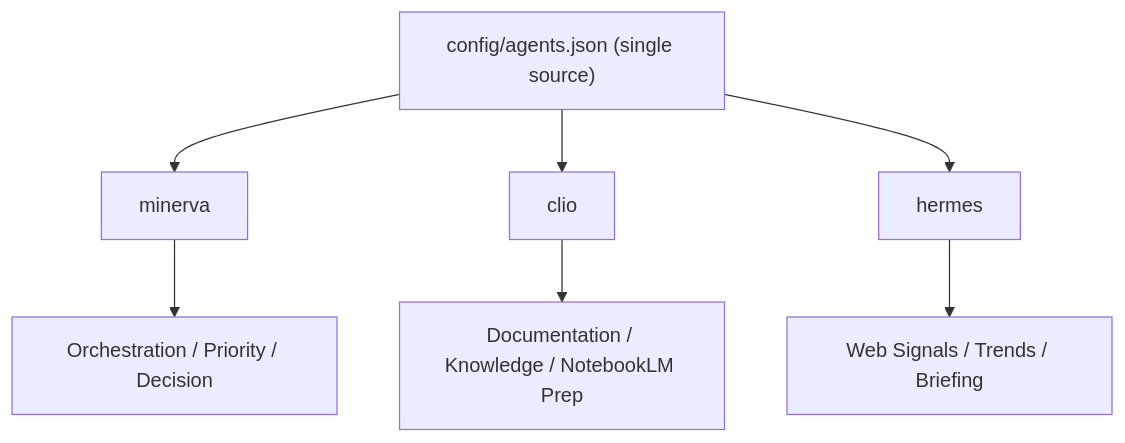
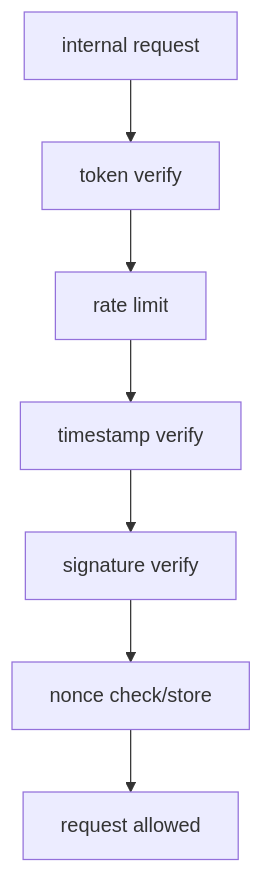
The third of 3 diagrams in docs/COMMIT_BASELINE_V2.md (Merchantlee99/Personal-AI-agent-v2), drawn with Mermaid before and after one commit. The commit also changed other lines of this file and 4 other files, not shown here.

Commit message:
docs: refresh architecture and security baseline with mermaid (#6)

````diff
--- a/docs/COMMIT_BASELINE_V2.md
+++ b/docs/COMMIT_BASELINE_V2.md
@@ -55,10 +50,9 @@
 ```mermaid
 flowchart TD
-  CFG["config/agents.json (single source)"] --> M["minerva"]
-  CFG --> C["clio"]
-  CFG --> H["hermes"]
-
-  M --> MR["Orchestration / Priority / Decision"]
-  C --> CR["Documentation / Knowledge / NotebookLM Prep"]
-  H --> HR["Web Signals / Trends / Briefing"]
+  R["internal request"] --> T["token verify"]
+  T --> RL["rate limit"]
+  RL --> TS["timestamp verify"]
+  TS --> SG["signature verify"]
+  SG --> N["nonce check/store"]
+  N --> OK["request allowed"]
 ```
````
